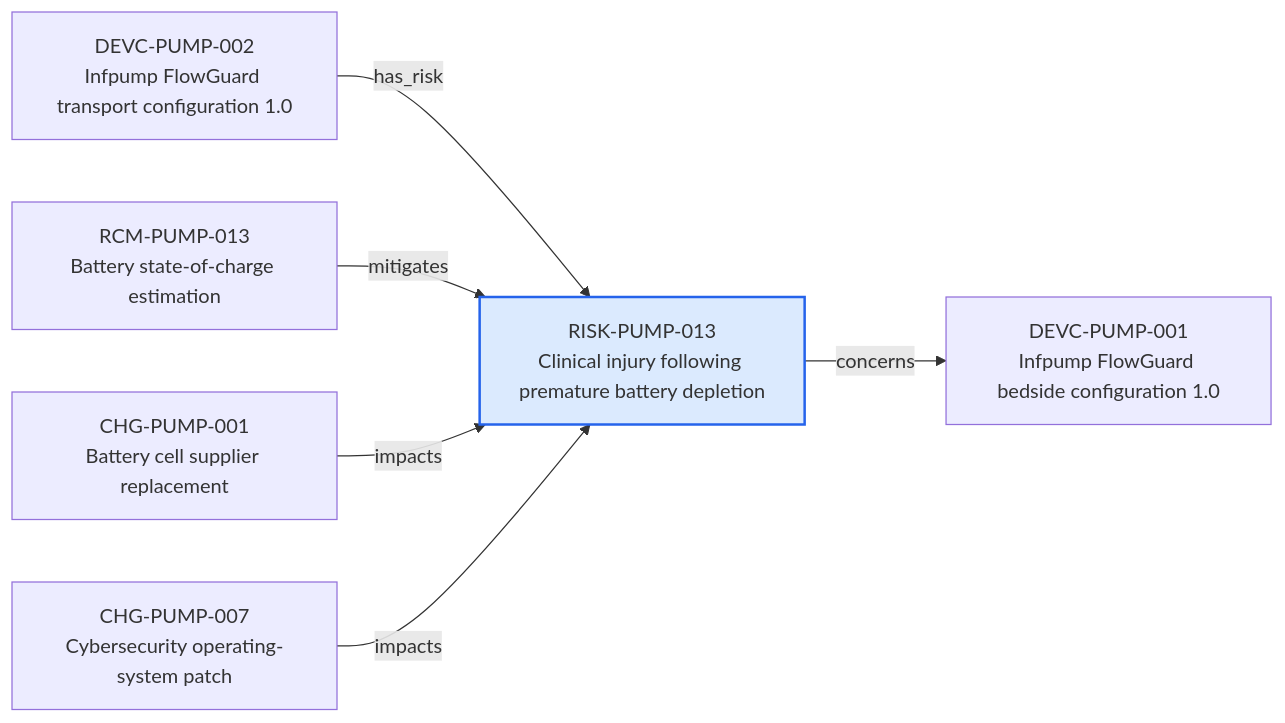
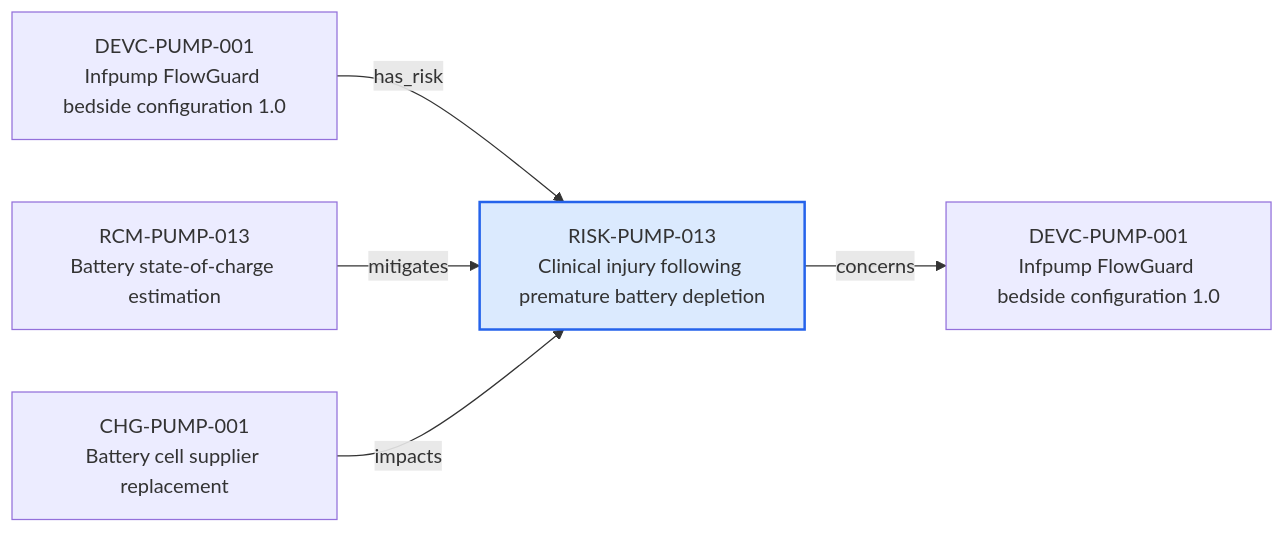
The diagram in content/06-Infpump FlowGuard ontology notes/risk/RISK-PUMP-013-clinical-injury-following-premature-battery-depletion.md (mvattulainen/mdrontology), drawn with Mermaid before and after one commit. The commit also changed other lines of this file and 321 other files, not shown here.

Commit message:
Implement Mermaid ontology audit findings

````diff
--- a/content/06-Infpump FlowGuard ontology notes/risk/RISK-PUMP-013-clinical-injury-following-premature-battery-depletion.md
+++ b/content/06-Infpump FlowGuard ontology notes/risk/RISK-PUMP-013-clinical-injury-following-premature-battery-depletion.md
@@ -79,16 +81,14 @@
 ```mermaid
 flowchart LR
   CURRENT["RISK-PUMP-013<br/>Clinical injury following premature battery depletion"]
-  PREV0["DEVC-PUMP-002<br/>Infpump FlowGuard transport configuration 1.0"]
+  PREV0["DEVC-PUMP-001<br/>Infpump FlowGuard bedside configuration 1.0"]
   PREV0 -->|"has_risk"| CURRENT
   PREV1["RCM-PUMP-013<br/>Battery state-of-charge estimation"]
   PREV1 -->|"mitigates"| CURRENT
   PREV2["CHG-PUMP-001<br/>Battery cell supplier replacement"]
   PREV2 -->|"impacts"| CURRENT
-  PREV3["CHG-PUMP-007<br/>Cybersecurity operating-system patch"]
-  PREV3 -->|"impacts"| CURRENT
   NEXT0["DEVC-PUMP-001<br/>Infpump FlowGuard bedside configuration 1.0"]
   CURRENT -->|"concerns"| NEXT0
   classDef current fill:#dbeafe,stroke:#2563eb,stroke-width:2px
   class CURRENT current
 ```
````
